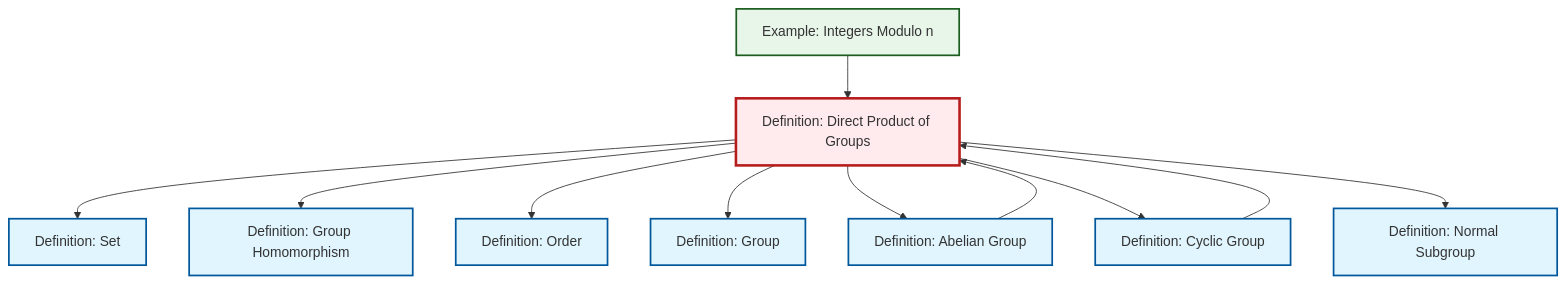
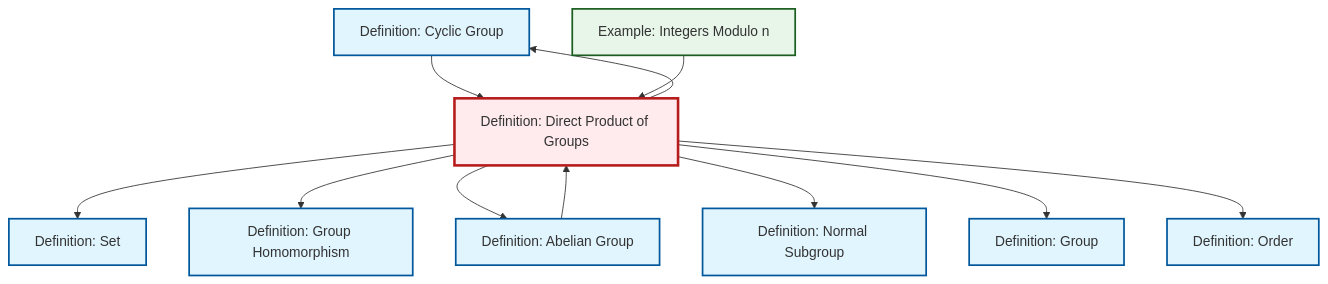
The diagram in content/en/algebra/def-direct-product.qmd (RK0429/ModernMath), drawn with Mermaid before and after one commit. The commit also changed other lines of this file and 597 other files, not shown here.

````diff
--- a/content/en/algebra/def-direct-product.qmd
+++ b/content/en/algebra/def-direct-product.qmd
@@ -107,37 +107,37 @@
 ```{mermaid}
 %%| fig-cap: "Local dependency graph"
 graph TD
     classDef definition fill:#e1f5fe,stroke:#01579b,stroke-width:2px
     classDef theorem fill:#f3e5f5,stroke:#4a148c,stroke-width:2px
     classDef axiom fill:#fff3e0,stroke:#e65100,stroke-width:2px
     classDef example fill:#e8f5e9,stroke:#1b5e20,stroke-width:2px
     classDef current fill:#ffebee,stroke:#b71c1c,stroke-width:3px
+    def-cyclic-group["Definition: Cyclic Group"]:::definition
+    def-order["Definition: Order"]:::definition
     ex-quotient-integers-mod-n["Example: Integers Modulo n"]:::example
-    def-order["Definition: Order"]:::definition
+    def-homomorphism["Definition: Group Homomorphism"]:::definition
+    def-set["Definition: Set"]:::definition
+    def-normal-subgroup["Definition: Normal Subgroup"]:::definition
     def-abelian-group["Definition: Abelian Group"]:::definition
-    def-cyclic-group["Definition: Cyclic Group"]:::definition
-    def-set["Definition: Set"]:::definition
+    def-direct-product["Definition: Direct Product of Groups"]:::definition
     def-group["Definition: Group"]:::definition
-    def-homomorphism["Definition: Group Homomorphism"]:::definition
-    def-normal-subgroup["Definition: Normal Subgroup"]:::definition
-    def-direct-product["Definition: Direct Product of Groups"]:::definition
-    ex-quotient-integers-mod-n --> def-direct-product
-    def-cyclic-group --> def-direct-product
     def-direct-product --> def-set
     def-direct-product --> def-homomorphism
-    def-direct-product --> def-order
-    def-direct-product --> def-group
     def-direct-product --> def-abelian-group
-    def-direct-product --> def-cyclic-group
     def-direct-product --> def-normal-subgroup
     def-abelian-group --> def-direct-product
+    def-direct-product --> def-group
+    def-cyclic-group --> def-direct-product
+    def-direct-product --> def-order
+    def-direct-product --> def-cyclic-group
+    ex-quotient-integers-mod-n --> def-direct-product
     class def-direct-product current
+    click def-cyclic-group "def-cyclic-group.html" "Go to Cyclic Group definition"
+    click def-order "def-order.html" "Go to Order definition"
     click ex-quotient-integers-mod-n "ex-quotient-integers-mod-n.html" "Go to Integers Modulo n example"
-    click def-order "def-order.html" "Go to Order definition"
+    click def-homomorphism "def-homomorphism.html" "Go to Group Homomorphism definition"
+    click def-set "def-set.html" "Go to Set definition"
+    click def-normal-subgroup "def-normal-subgroup.html" "Go to Normal Subgroup definition"
     click def-abelian-group "def-abelian-group.html" "Go to Abelian Group definition"
-    click def-cyclic-group "def-cyclic-group.html" "Go to Cyclic Group definition"
-    click def-set "def-set.html" "Go to Set definition"
     click def-group "def-group.html" "Go to Group definition"
-    click def-homomorphism "def-homomorphism.html" "Go to Group Homomorphism definition"
-    click def-normal-subgroup "def-normal-subgroup.html" "Go to Normal Subgroup definition"
 ```
````
